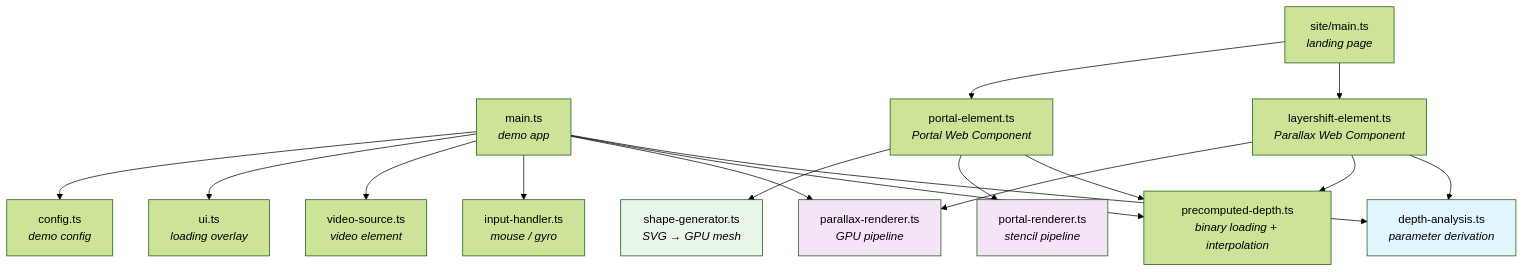
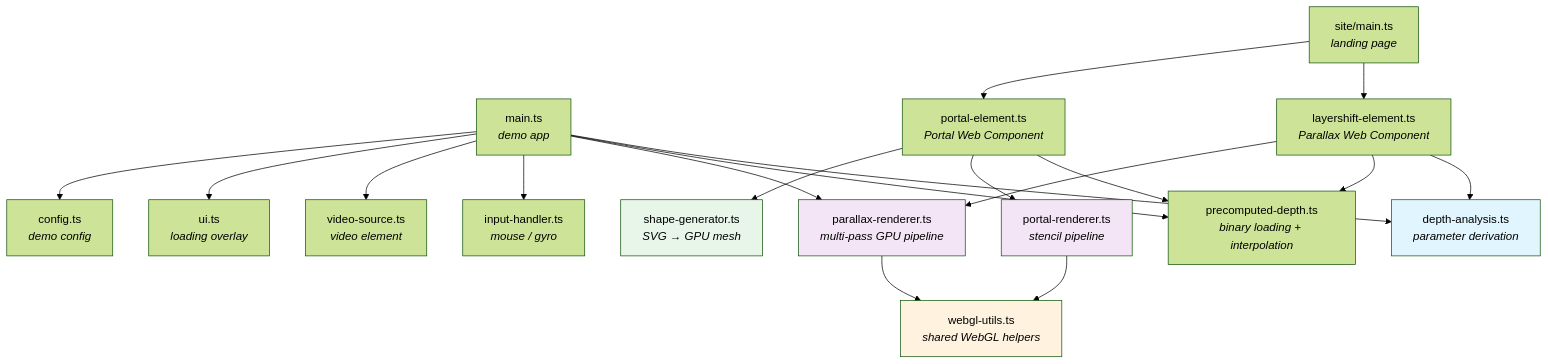
Before and after one commit to jeremysykes/layershift: the second of 2 diagrams in docs/diagrams/system-architecture.md, drawn with Mermaid (forest theme). The commit also changed 6 other files, not shown here.

First line of the commit message:
refactor: multi-pass renderer architecture with shared WebGL utilities

````diff
--- a/docs/diagrams/system-architecture.md
+++ b/docs/diagrams/system-architecture.md
@@ -51,41 +51,46 @@
 ```mermaid
 graph TD
     MAIN["main.ts<br/><i>demo app</i>"]
     SITE["site/main.ts<br/><i>landing page</i>"]
     ELEMENT["layershift-element.ts<br/><i>Parallax Web Component</i>"]
     PORTAL_EL["portal-element.ts<br/><i>Portal Web Component</i>"]
 
     DA["depth-analysis.ts<br/><i>parameter derivation</i>"]
     PD["precomputed-depth.ts<br/><i>binary loading + interpolation</i>"]
-    PR["parallax-renderer.ts<br/><i>GPU pipeline</i>"]
+    PR["parallax-renderer.ts<br/><i>multi-pass GPU pipeline</i>"]
     PTR["portal-renderer.ts<br/><i>stencil pipeline</i>"]
+    WU["webgl-utils.ts<br/><i>shared WebGL helpers</i>"]
     SG["shape-generator.ts<br/><i>SVG → GPU mesh</i>"]
     IH["input-handler.ts<br/><i>mouse / gyro</i>"]
     VS["video-source.ts<br/><i>video element</i>"]
     UI["ui.ts<br/><i>loading overlay</i>"]
     CFG["config.ts<br/><i>demo config</i>"]
 
     MAIN --> DA
     MAIN --> PD
     MAIN --> PR
     MAIN --> IH
     MAIN --> VS
     MAIN --> UI
     MAIN --> CFG
 
     ELEMENT --> DA
     ELEMENT --> PD
     ELEMENT --> PR
 
     PORTAL_EL --> PD
     PORTAL_EL --> PTR
     PORTAL_EL --> SG
 
+    PR --> WU
+    PTR --> WU
+
     SITE --> ELEMENT
     SITE --> PORTAL_EL
 
     style DA fill:#e1f5fe
     style PR fill:#f3e5f5
     style PTR fill:#f3e5f5
+    style WU fill:#fff3e0
     style SG fill:#e8f5e9
 ```
````
